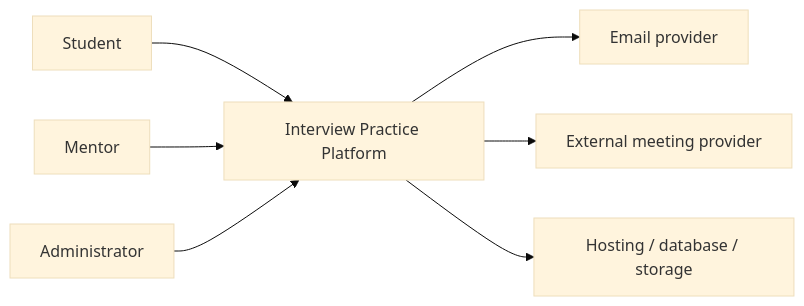
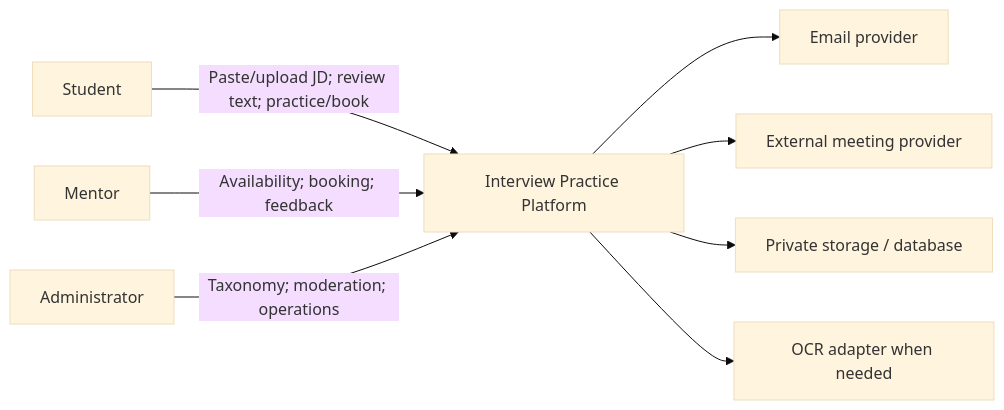
The diagram in docs/Project_Vision_and_Scope/Project_Vision_and_Scope.md (tnnhuaa/InterviewQuestionBank), drawn with Mermaid (base theme) before and after one commit. The commit also changed other lines of this file and 8 other files, not shown here.

````diff
--- a/docs/Project_Vision_and_Scope/Project_Vision_and_Scope.md
+++ b/docs/Project_Vision_and_Scope/Project_Vision_and_Scope.md
@@ -147,9 +161,10 @@
 ```mermaid
 flowchart LR
-    Student["Student"] --> System["Interview Practice Platform"]
-    Mentor["Mentor"] --> System
-    Admin["Administrator"] --> System
+    Student["Student"] -->|"Paste/upload JD; review text; practice/book"| System["Interview Practice Platform"]
+    Mentor["Mentor"] -->|"Availability; booking; feedback"| System
+    Admin["Administrator"] -->|"Taxonomy; moderation; operations"| System
     System --> Email["Email provider"]
     System --> Meet["External meeting provider"]
-    System --> Store["Hosting / database / storage"]
+    System --> Store["Private storage / database"]
+    System --> OCR["OCR adapter when needed"]
 ```
````
